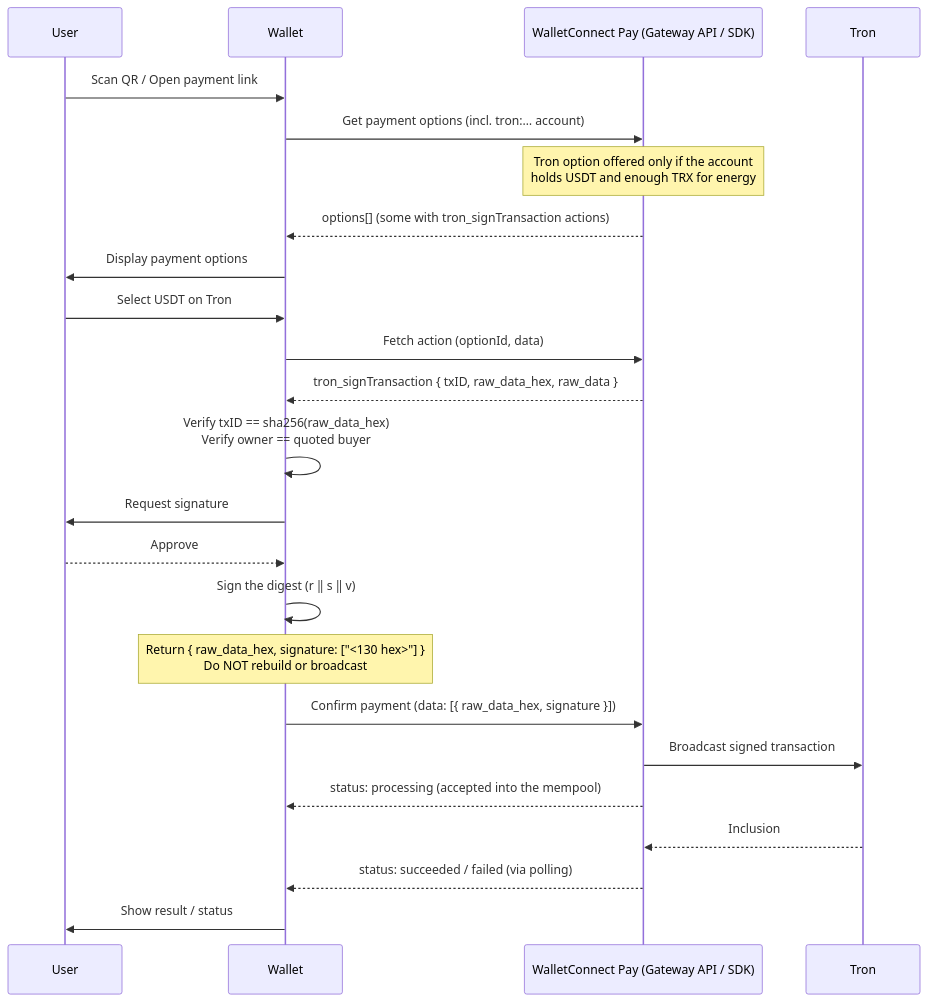
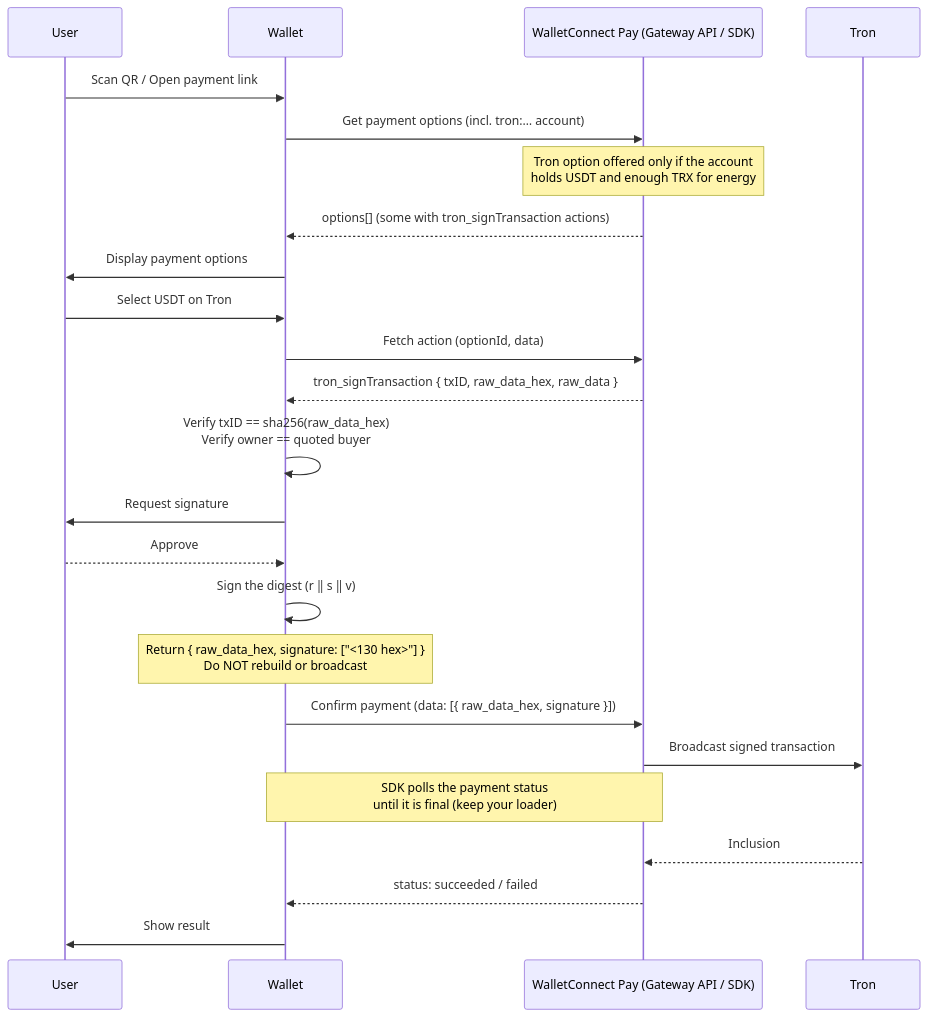
The diagram in payments/wallets/token-chain-support/tron-support.mdx (WalletConnect/docs), drawn with Mermaid before and after one commit. The commit also changed other lines of this file and 1 other file, not shown here.

````diff
--- a/payments/wallets/token-chain-support/tron-support.mdx
+++ b/payments/wallets/token-chain-support/tron-support.mdx
@@ -39,31 +39,31 @@
 ```mermaid
 sequenceDiagram
     participant User
     participant Wallet
     participant Gateway as WalletConnect Pay (Gateway API / SDK)
     participant Chain as Tron
 
     User->>Wallet: Scan QR / Open payment link
     Wallet->>Gateway: Get payment options (incl. tron:… account)
     Note over Gateway: Tron option offered only if the account<br/>holds USDT and enough TRX for energy
     Gateway-->>Wallet: options[] (some with tron_signTransaction actions)
     Wallet->>User: Display payment options
 
     User->>Wallet: Select USDT on Tron
 
     Wallet->>Gateway: Fetch action (optionId, data)
     Gateway-->>Wallet: tron_signTransaction { txID, raw_data_hex, raw_data }
 
     Wallet->>Wallet: Verify txID == sha256(raw_data_hex)<br/>Verify owner == quoted buyer
     Wallet->>User: Request signature
     User-->>Wallet: Approve
     Wallet->>Wallet: Sign the digest (r ‖ s ‖ v)
     Note over Wallet: Return { raw_data_hex, signature: ["<130 hex>"] }<br/>Do NOT rebuild or broadcast
 
     Wallet->>Gateway: Confirm payment (data: [{ raw_data_hex, signature }])
     Gateway->>Chain: Broadcast signed transaction
-    Gateway-->>Wallet: status: processing (accepted into the mempool)
+    Note over Wallet,Gateway: SDK polls the payment status<br/>until it is final (keep your loader)
     Chain-->>Gateway: Inclusion
-    Gateway-->>Wallet: status: succeeded / failed (via polling)
-    Wallet->>User: Show result / status
+    Gateway-->>Wallet: status: succeeded / failed
+    Wallet->>User: Show result
 ```
````
